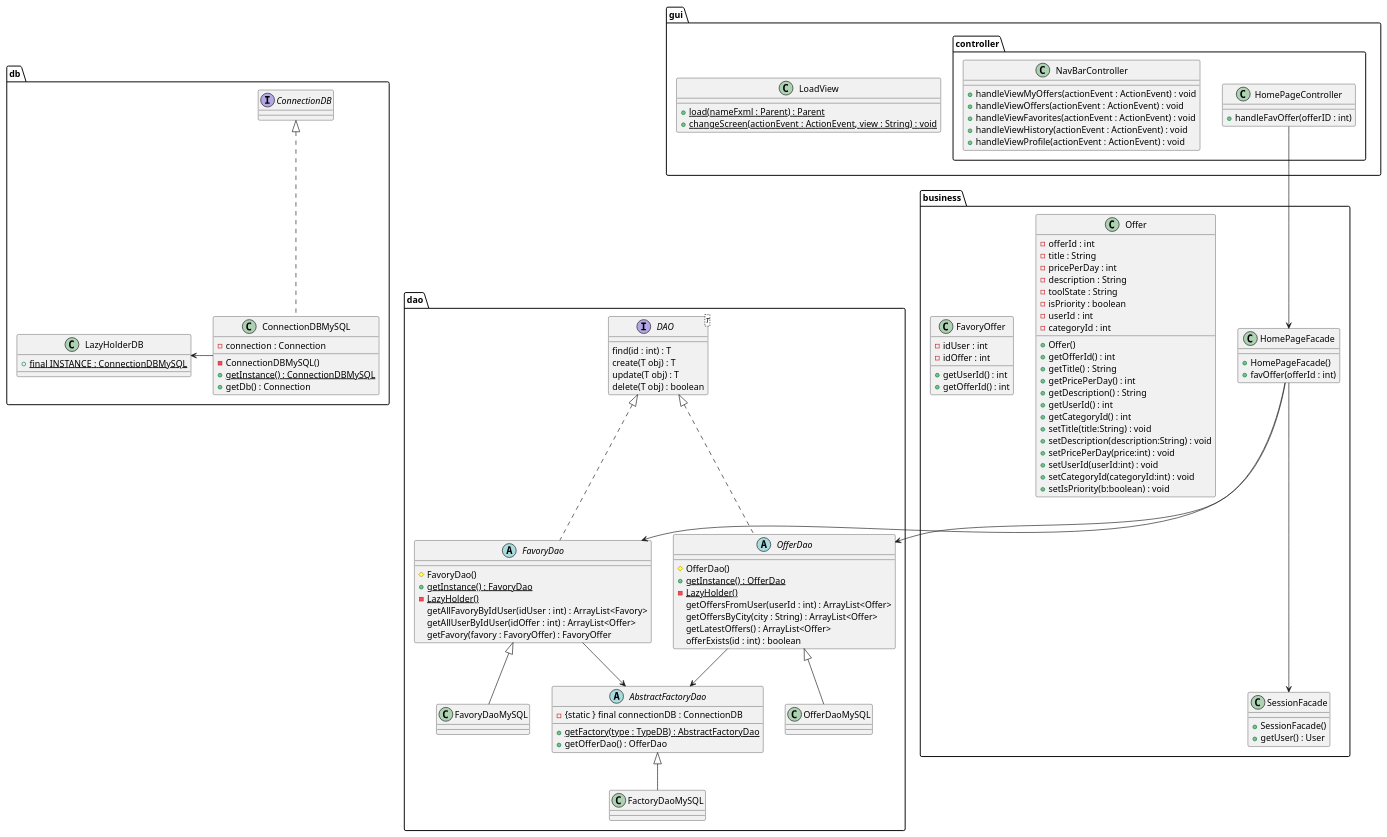
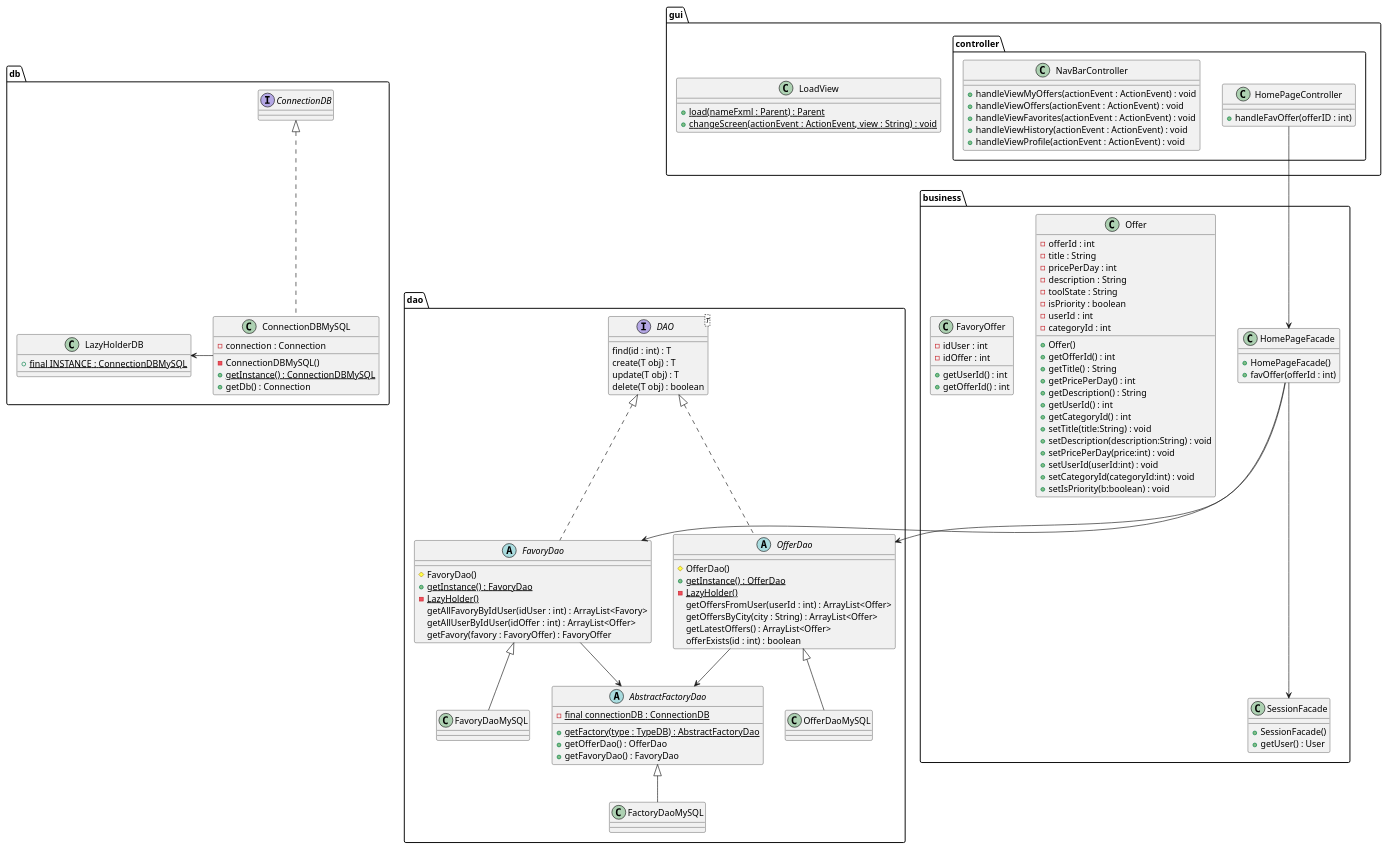
One commit to LaunoisRemy/ToolShare changed the diagram in documents/diagram/homePage/homePageClass.puml. Above: the diagram before and after it, drawn with PlantUML. The commit also changed 2 other files, not shown here.

Commit message:
UML : change abstractFactory

```diff
--- a/documents/diagram/homePage/homePageClass.puml
+++ b/documents/diagram/homePage/homePageClass.puml
@@ -1,139 +1,140 @@
 @startuml
 
 package dao {
 
 
     abstract OfferDao{
         # OfferDao()
         + {static} getInstance() : OfferDao
         - {static} LazyHolder()
         getOffersFromUser(userId : int) : ArrayList<Offer>
         getOffersByCity(city : String) : ArrayList<Offer>
         getLatestOffers() : ArrayList<Offer>
         offerExists(id : int) : boolean
     }
     class OfferDaoMySQL
     FactoryDaoMySQL -up-|> AbstractFactoryDao
     OfferDaoMySQL -up-|> OfferDao
     abstract FavoryDao{
         # FavoryDao()
         + {static} getInstance() : FavoryDao
         - {static} LazyHolder()
         getAllFavoryByIdUser(idUser : int) : ArrayList<Favory>
         getAllUserByIdUser(idOffer : int) : ArrayList<Offer>
         getFavory(favory : FavoryOffer) : FavoryOffer
     }
     class FavoryDaoMySQL
     FavoryDaoMySQL -up-|> FavoryDao
 
     interface DAO<T>{
         find(id : int) : T
         create(T obj) : T
         update(T obj) : T
         delete(T obj) : boolean
     }
 
     abstract AbstractFactoryDao{
-        - {static } final connectionDB : ConnectionDB
+        - {static} final connectionDB : ConnectionDB
         + {static} getFactory(type : TypeDB) : AbstractFactoryDao
         + getOfferDao() : OfferDao
+        + getFavoryDao() : FavoryDao
     }
 
     class FactoryDaoMySQL{
     }
 
 
     DAO <|.. OfferDao
     DAO <|.. FavoryDao
 }
 package db{
     class ConnectionDBMySQL{
         - connection : Connection
         - ConnectionDBMySQL()
         + {static} getInstance() : ConnectionDBMySQL
         + getDb() : Connection
     }
 
     class LazyHolderDB{
         + {static} final INSTANCE : ConnectionDBMySQL
     }
     interface ConnectionDB
     ConnectionDBMySQL -Left-> LazyHolderDB
     ConnectionDBMySQL .up.|> ConnectionDB
 
 }
 package business{
 
     class Offer{
         -offerId : int
         -title : String
         -pricePerDay : int
         -description : String
         -toolState : String
         -isPriority : boolean
         -userId : int
         -categoryId : int
         + Offer()
         + getOfferId() : int
         + getTitle() : String
         + getPricePerDay() : int
         + getDescription() : String
         + getUserId() : int
         + getCategoryId() : int
         + setTitle(title:String) : void
         + setDescription(description:String) : void
         + setPricePerDay(price:int) : void
         + setUserId(userId:int) : void
         + setCategoryId(categoryId:int) : void
         + setIsPriority(b:boolean) : void
     }
 
     class FavoryOffer{
         - idUser : int
         - idOffer : int
         + getUserId() : int
         + getOfferId() : int
     }
     class SessionFacade{
         + SessionFacade()
         + getUser() : User
     }
 
     class HomePageFacade{
         + HomePageFacade()
         + favOffer(offerId : int)
     }
 
 
 }
 
 package gui{
 
     class LoadView{
         + {static} load(nameFxml : Parent) : Parent
         + {static} changeScreen(actionEvent : ActionEvent, view : String) : void
     }
 
     package controller{
         class HomePageController{
             + handleFavOffer(offerID : int)
         }
         class NavBarController{
             + handleViewMyOffers(actionEvent : ActionEvent) : void
             + handleViewOffers(actionEvent : ActionEvent) : void
             + handleViewFavorites(actionEvent : ActionEvent) : void
             + handleViewHistory(actionEvent : ActionEvent) : void
             + handleViewProfile(actionEvent : ActionEvent) : void
         }
     }
 }
 HomePageFacade <-Up- HomePageController
 SessionFacade <--Up- HomePageFacade
 HomePageFacade --> FavoryDao
 HomePageFacade --> OfferDao
 OfferDao --> AbstractFactoryDao
 FavoryDao --> AbstractFactoryDao
 
 
 
 @enduml
```
